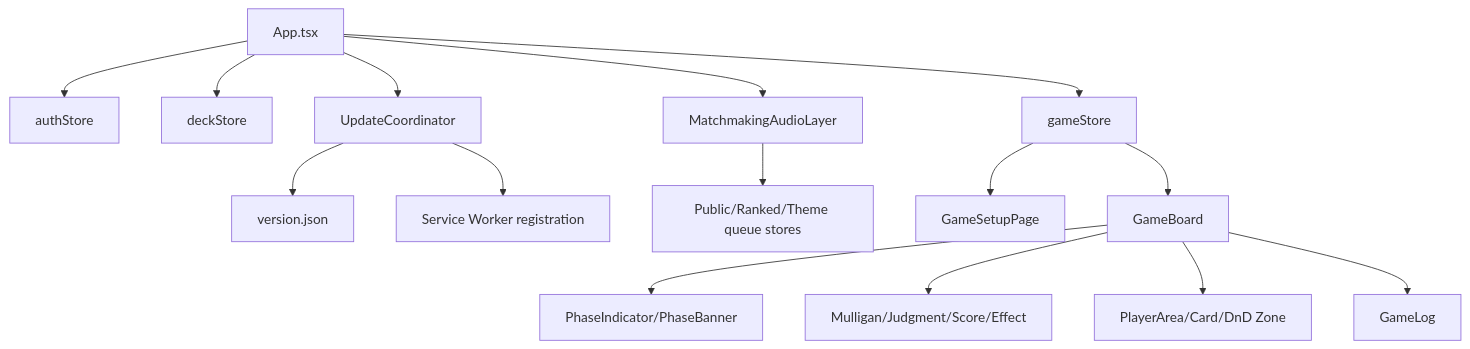
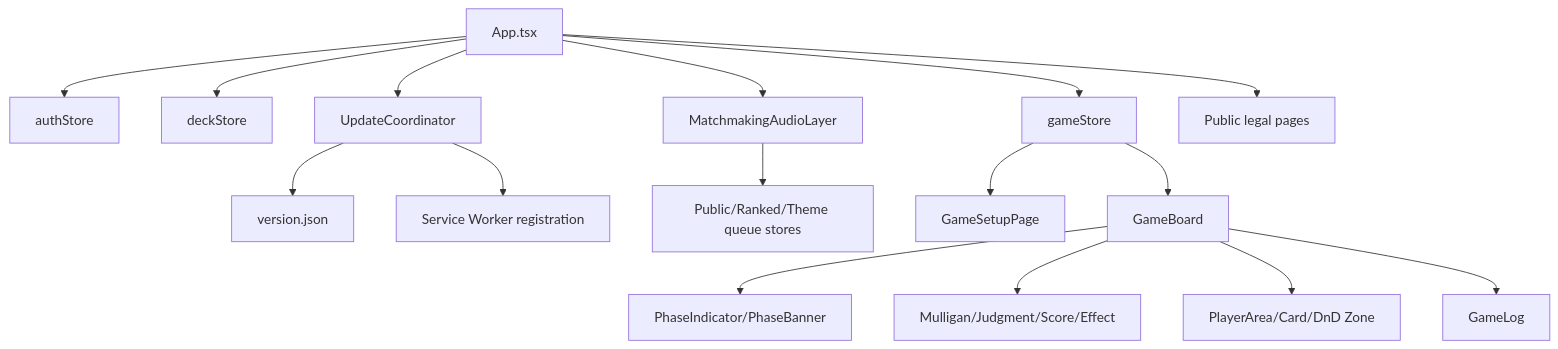
Before and after one commit to catmeow123456/loveca-dev: the sixth of 9 diagrams in docs/system-design.md, drawn with Mermaid. The commit also changed other lines of this file and 16 other files, not shown here.

````diff
--- a/docs/system-design.md
+++ b/docs/system-design.md
@@ -322,21 +322,22 @@
 ```mermaid
 graph TB
     App[App.tsx] --> Auth[authStore]
     App --> Deck[deckStore]
     App --> Game[gameStore]
     App --> Update[UpdateCoordinator]
     App --> MatchAudio[MatchmakingAudioLayer]
+    App --> Legal[Public legal pages]
 
     Update --> Manifest[version.json]
     Update --> SW[Service Worker registration]
 
     MatchAudio --> DeckQueue[Public/Ranked/Theme queue stores]
 
     Game --> SetupPage[GameSetupPage]
     Game --> Board[GameBoard]
 
     Board --> PhaseUI[PhaseIndicator/PhaseBanner]
     Board --> Panels[Mulligan/Judgment/Score/Effect]
     Board --> Areas[PlayerArea/Card/DnD Zone]
     Board --> Logs[GameLog]
 ```
````
